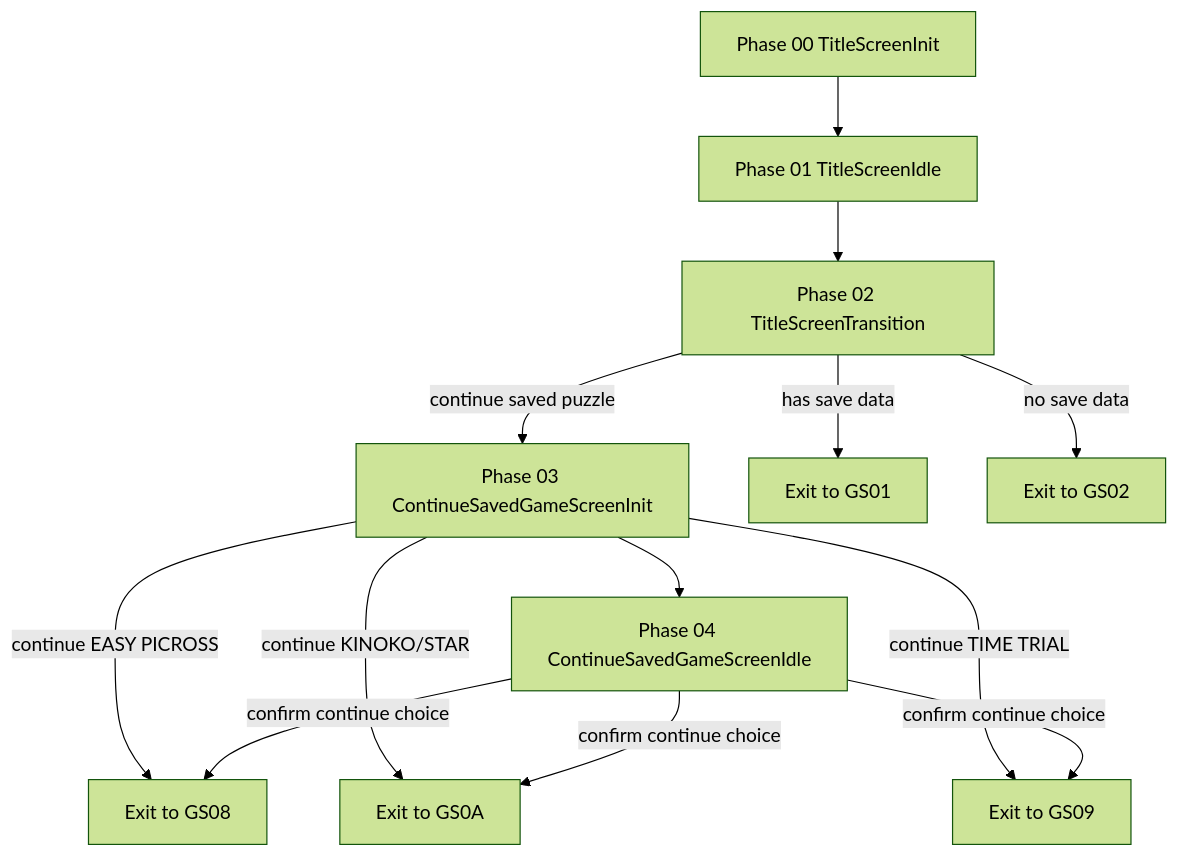
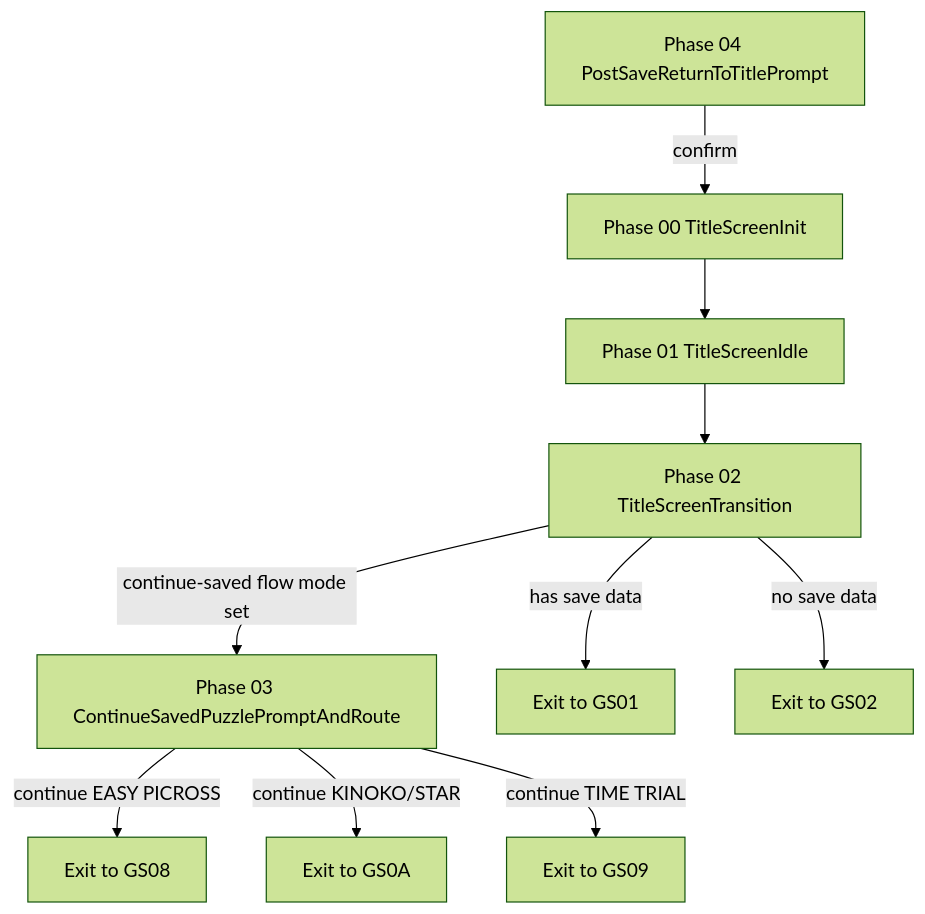
The second of 10 diagrams in README_FLOW.md (kstud2002/MariosPicrossGBDisassembly), drawn with Mermaid (forest theme) before and after one commit. The commit also changed other lines of this file and 5 other files, not shown here.

````diff
--- a/README_FLOW.md
+++ b/README_FLOW.md
@@ -71,26 +71,23 @@
 ```mermaid
 flowchart TD
 	GS00P00[Phase 00 TitleScreenInit]
 	GS00P01[Phase 01 TitleScreenIdle]
 	GS00P02[Phase 02 TitleScreenTransition]
-	GS00P03[Phase 03 ContinueSavedGameScreenInit]
-	GS00P04[Phase 04 ContinueSavedGameScreenIdle]
+	GS00P03[Phase 03 ContinueSavedPuzzlePromptAndRoute]
+	GS00P04[Phase 04 PostSaveReturnToTitlePrompt]
 	GS01E[Exit to GS01]
 	GS02E[Exit to GS02]
 	GS08E[Exit to GS08]
 	GS09E[Exit to GS09]
 	GS0AE[Exit to GS0A]
 
 	GS00P00 --> GS00P01
 	GS00P01 --> GS00P02
 	GS00P02 -->|has save data| GS01E
 	GS00P02 -->|no save data| GS02E
-	GS00P02 -->|continue saved puzzle| GS00P03
-	GS00P03 --> GS00P04
+	GS00P02 -->|continue-saved flow mode set| GS00P03
 	GS00P03 -->|continue EASY PICROSS| GS08E
 	GS00P03 -->|continue KINOKO/STAR| GS0AE
 	GS00P03 -->|continue TIME TRIAL| GS09E
-	GS00P04 -->|confirm continue choice| GS08E
-	GS00P04 -->|confirm continue choice| GS0AE
-	GS00P04 -->|confirm continue choice| GS09E
+	GS00P04 -->|confirm| GS00P00
 ```
````
